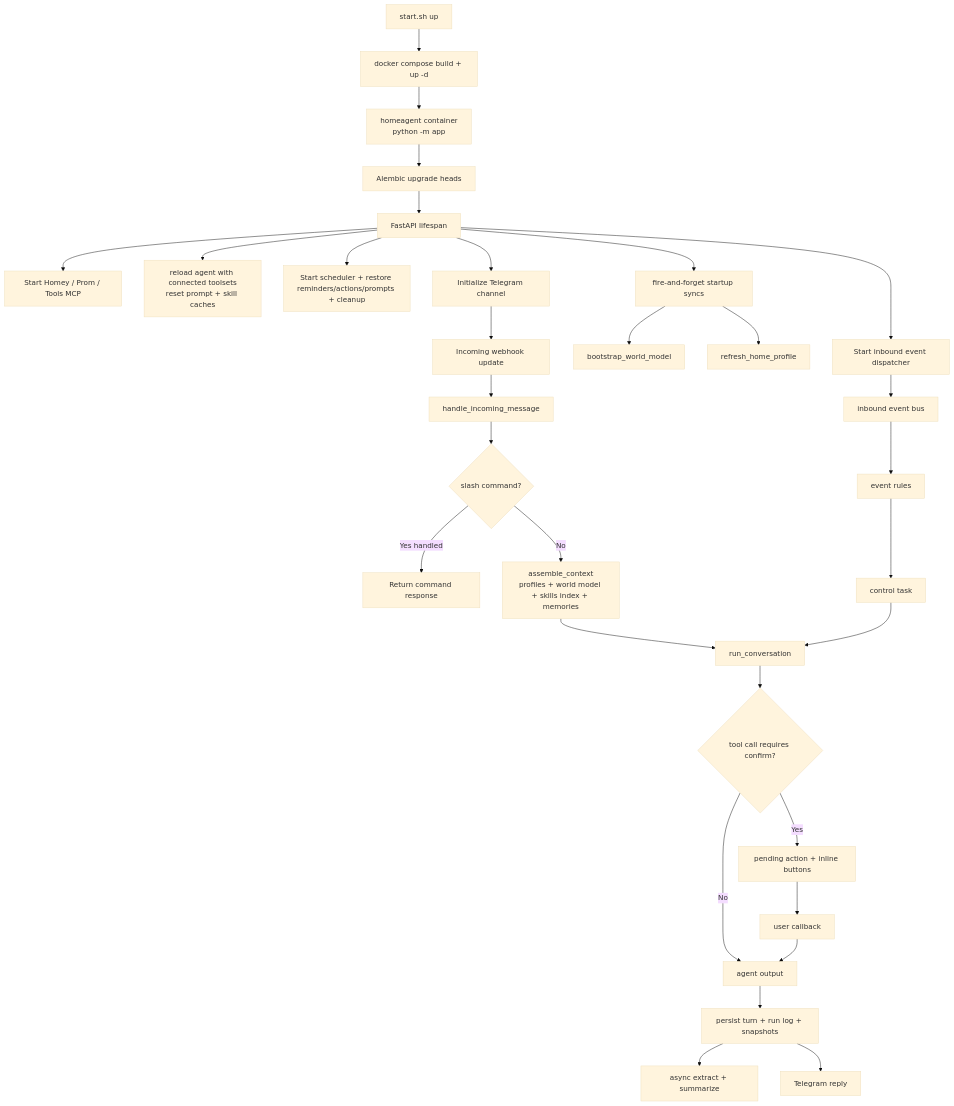
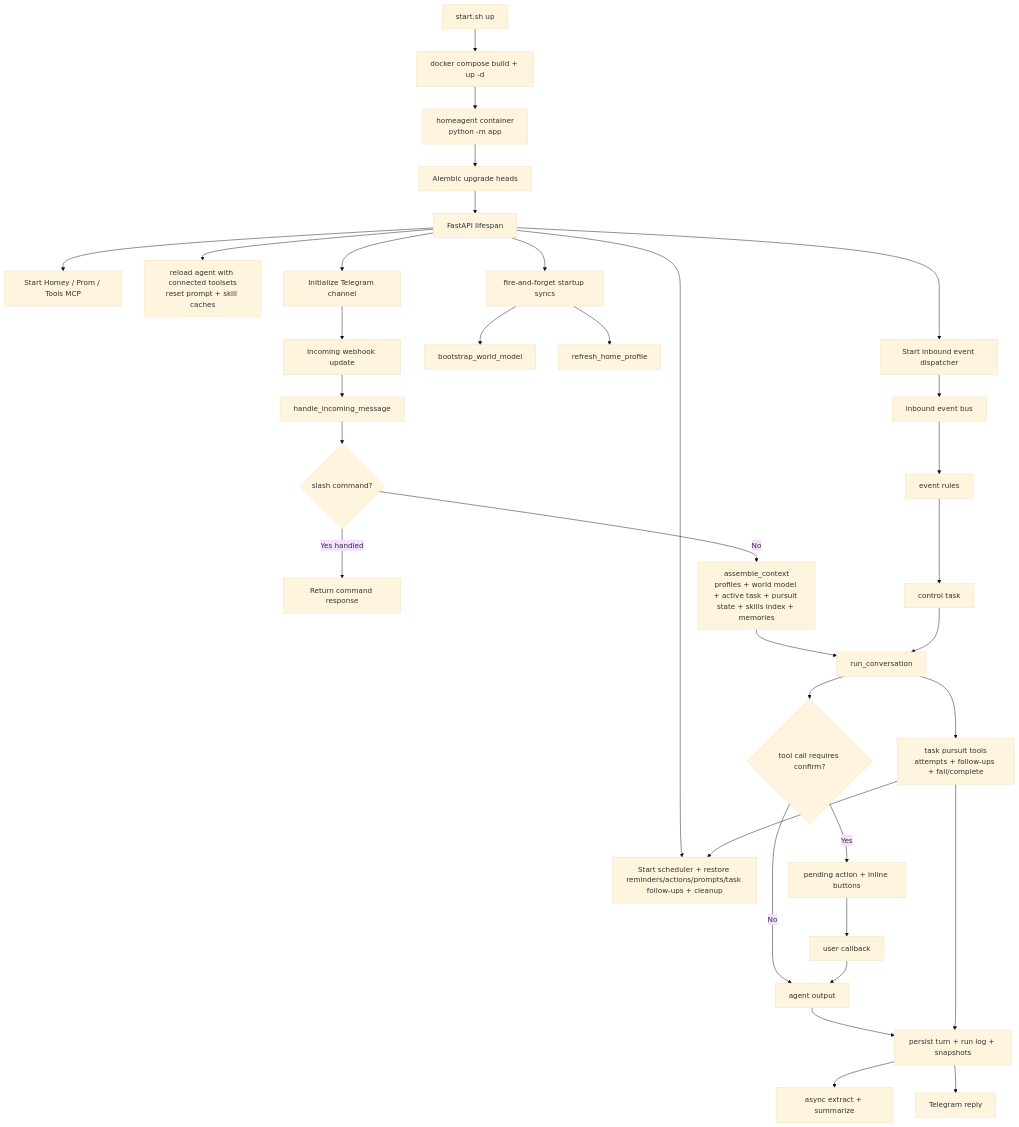
One commit to ksvan/homeAgent changed the fourth of 5 diagrams in docs/architecture-diagrams.md. Above: the diagram before and after it, drawn with Mermaid (base theme). The commit also changed other lines of this file and 12 other files, not shown here.

````diff
--- a/docs/architecture-diagrams.md
+++ b/docs/architecture-diagrams.md
@@ -165,37 +334,40 @@
 ```mermaid
 flowchart TB
     START[start.sh up] --> DC[docker compose build + up -d]
     DC --> APP[homeagent container<br>python -m app]
     APP --> MIG[Alembic upgrade heads]
     MIG --> LIFE[FastAPI lifespan]
 
     LIFE --> MCP[Start Homey / Prom / Tools MCP]
     LIFE --> RELOAD[reload agent with connected toolsets<br>reset prompt + skill caches]
-    LIFE --> SCH[Start scheduler + restore reminders/actions/prompts + cleanup]
+    LIFE --> SCH[Start scheduler + restore reminders/actions/prompts/task follow-ups + cleanup]
     LIFE --> DISP[Start inbound event dispatcher]
     LIFE --> BOOT[fire-and-forget startup syncs]
     BOOT --> WM[bootstrap_world_model]
     BOOT --> HP[refresh_home_profile]
     LIFE --> TG[Initialize Telegram channel]
 
     TG --> WH[Incoming webhook update]
     WH --> MSG[handle_incoming_message]
     MSG --> CMD{slash command?}
     CMD -->|Yes handled| CR[Return command response]
-    CMD -->|No| CTX[assemble_context<br>profiles + world model + skills index + memories]
+    CMD -->|No| CTX[assemble_context<br>profiles + world model + active task + pursuit state + skills index + memories]
     CTX --> RUN[run_conversation]
     RUN --> POL{tool call requires confirm?}
     POL -->|Yes| PEND[pending action + inline buttons]
     POL -->|No| OUT[agent output]
     PEND --> CB[user callback]
     CB --> OUT
 
     OUT --> SAVE[persist turn + run log + snapshots]
     SAVE --> BG[async extract + summarize]
     SAVE --> REPLY[Telegram reply]
 
     DISP --> EVBUS[inbound event bus]
     EVBUS --> RULES[event rules]
     RULES --> CTRL[control task]
     CTRL --> RUN
+    RUN --> PURSUIT[task pursuit tools<br>attempts + follow-ups + fail/complete]
+    PURSUIT --> SAVE
+    PURSUIT --> SCH
 ```
````
